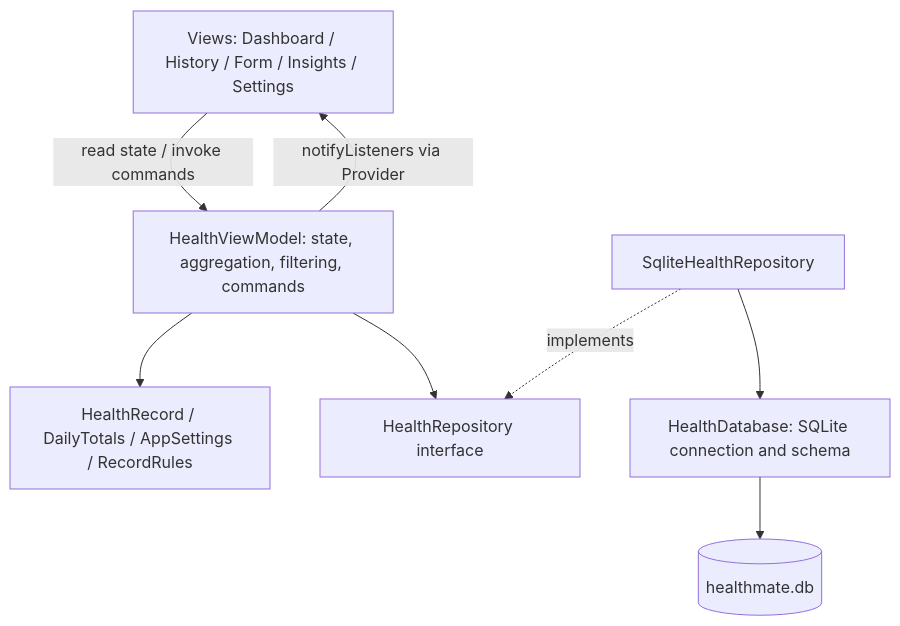
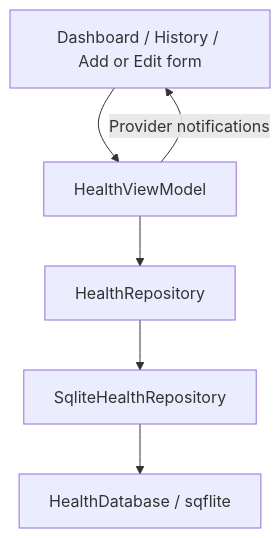
The diagram in docs/TECHNICAL_GUIDE.md (Dinithi123755/HeathMateApp), drawn with Mermaid before and after one commit. The commit also changed other lines of this file and 33 other files, not shown here.

````diff
--- a/docs/TECHNICAL_GUIDE.md
+++ b/docs/TECHNICAL_GUIDE.md
@@ -25,17 +9,8 @@
 ```mermaid
 flowchart TD
-  UI[Views: Dashboard / History / Form / Insights / Settings]
-  VM[HealthViewModel: state, aggregation, filtering, commands]
-  Model[HealthRecord / DailyTotals / AppSettings / RecordRules]
-  Contract[HealthRepository interface]
-  Repo[SqliteHealthRepository]
-  DB[HealthDatabase: SQLite connection and schema]
-  Disk[(healthmate.db)]
-  UI -->|read state / invoke commands| VM
-  VM -->|notifyListeners via Provider| UI
-  VM --> Model
-  VM --> Contract
-  Repo -. implements .-> Contract
-  Repo --> DB
-  DB --> Disk
+  Views[Dashboard / History / Add or Edit form] --> VM[HealthViewModel]
+  VM --> Repo[HealthRepository]
+  Repo --> SQLite[SqliteHealthRepository]
+  SQLite --> DB[HealthDatabase / sqflite]
+  VM -->|Provider notifications| Views
 ```
````
